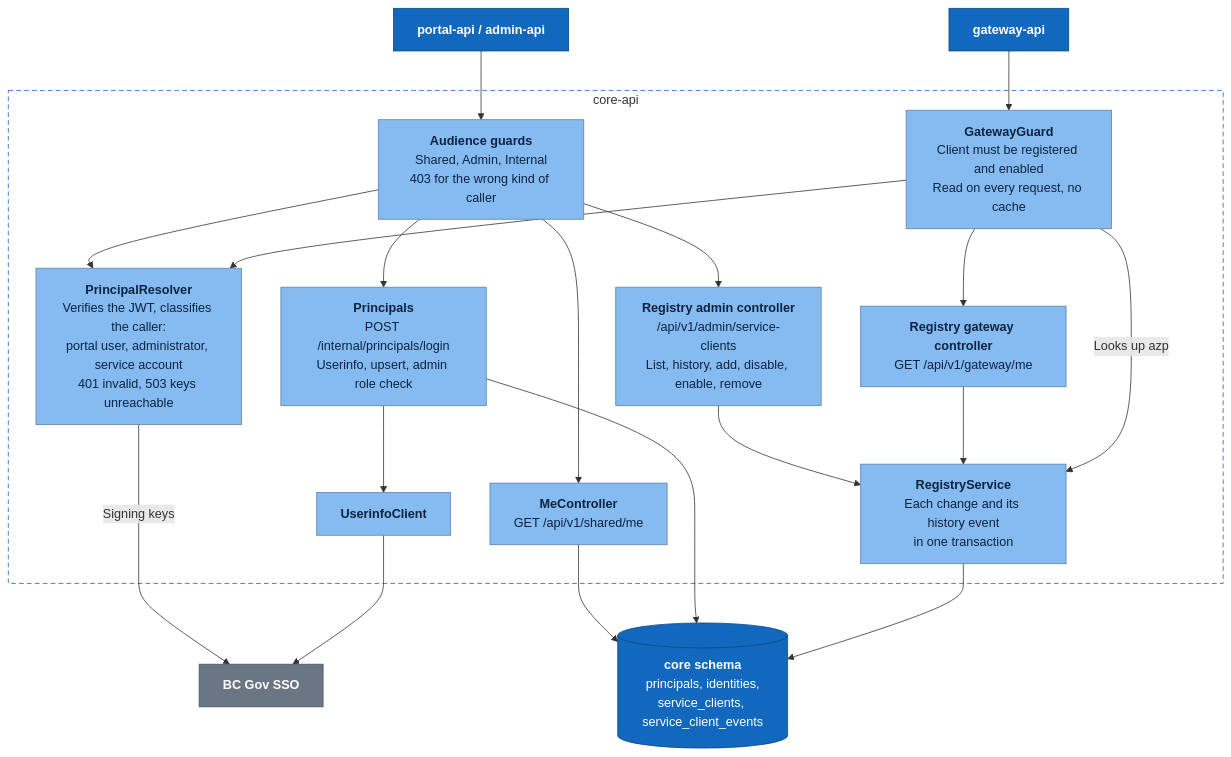
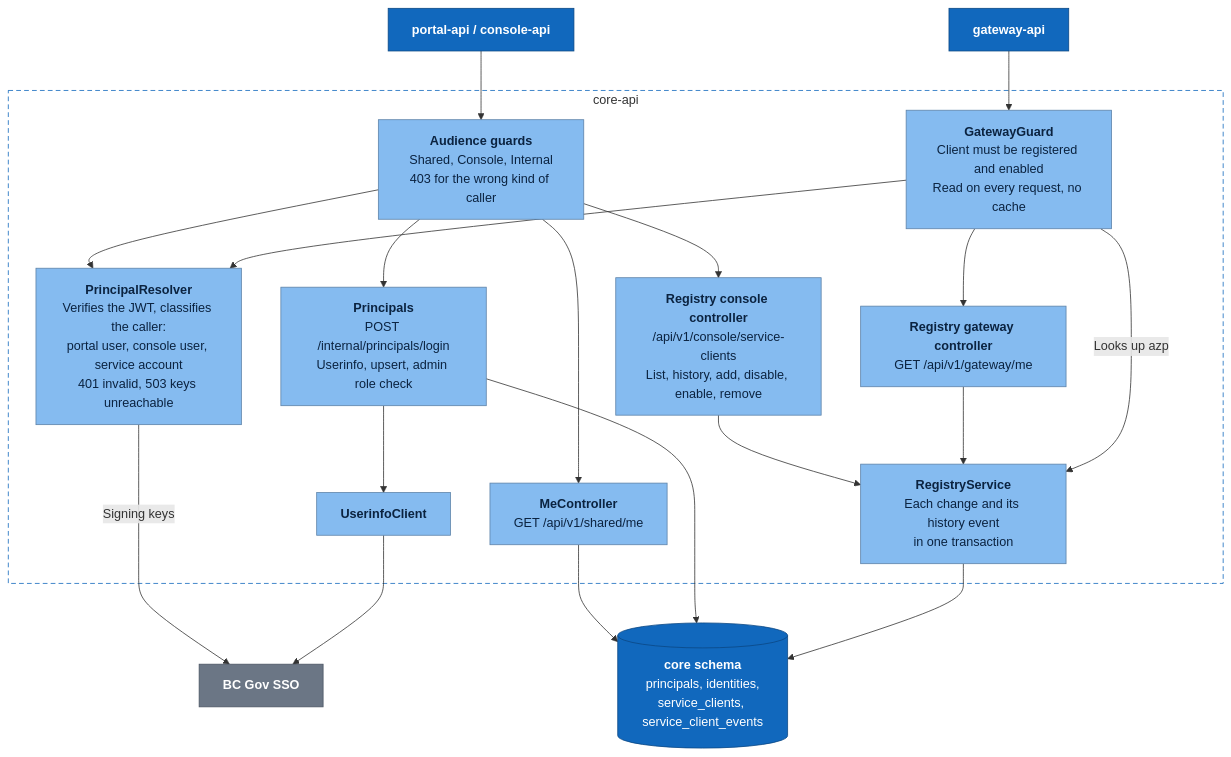
The third of 5 diagrams in docs/architecture.md (bcgov/sdg), drawn with Mermaid before and after one commit. The commit also changed other lines of this file and 294 other files, not shown here.

First line of the commit message:
refactor: rename the admin app to the console

````diff
--- a/docs/architecture.md
+++ b/docs/architecture.md
@@ -103,43 +103,43 @@
 ```mermaid
 flowchart TB
-  bffs["<b>portal-api / admin-api</b>"]:::internal
+  bffs["<b>portal-api / console-api</b>"]:::internal
   gw["<b>gateway-api</b>"]:::internal
   sso["<b>BC Gov SSO</b>"]:::ext
 
   subgraph CORE["core-api"]
-    guards["<b>Audience guards</b><br/>Shared, Admin, Internal<br/>403 for the wrong kind of caller"]:::comp
+    guards["<b>Audience guards</b><br/>Shared, Console, Internal<br/>403 for the wrong kind of caller"]:::comp
     gguard["<b>GatewayGuard</b><br/>Client must be registered and enabled<br/>Read on every request, no cache"]:::comp
-    resolver["<b>PrincipalResolver</b><br/>Verifies the JWT, classifies the caller:<br/>portal user, administrator, service account<br/>401 invalid, 503 keys unreachable"]:::comp
+    resolver["<b>PrincipalResolver</b><br/>Verifies the JWT, classifies the caller:<br/>portal user, console user, service account<br/>401 invalid, 503 keys unreachable"]:::comp
     me["<b>MeController</b><br/>GET /api/v1/shared/me"]:::comp
     principals["<b>Principals</b><br/>POST /internal/principals/login<br/>Userinfo, upsert, admin role check"]:::comp
-    regadmin["<b>Registry admin controller</b><br/>/api/v1/admin/service-clients<br/>List, history, add, disable, enable, remove"]:::comp
+    regconsole["<b>Registry console controller</b><br/>/api/v1/console/service-clients<br/>List, history, add, disable, enable, remove"]:::comp
     reggw["<b>Registry gateway controller</b><br/>GET /api/v1/gateway/me"]:::comp
     regsvc["<b>RegistryService</b><br/>Each change and its history event<br/>in one transaction"]:::comp
     userinfo["<b>UserinfoClient</b>"]:::comp
   end
 
   db[("<b>core schema</b><br/>principals, identities,<br/>service_clients, service_client_events")]:::internal
 
   bffs --> guards
   gw --> gguard
   guards --> resolver
   gguard --> resolver
   resolver -->|"Signing keys"| sso
   guards --> me
   guards --> principals
-  guards --> regadmin
+  guards --> regconsole
   gguard --> reggw
-  regadmin --> regsvc
+  regconsole --> regsvc
   reggw --> regsvc
   gguard -->|"Looks up azp"| regsvc
   principals --> userinfo
   userinfo --> sso
   me --> db
   principals --> db
   regsvc --> db
 
   classDef internal fill:#1168bd,stroke:#0b4884,color:#ffffff
   classDef comp fill:#85bbf0,stroke:#5d82a8,color:#0b2340
   classDef ext fill:#6b7685,stroke:#4b5563,color:#ffffff
   style CORE fill:none,stroke:#1168bd,stroke-dasharray:6 4
 ```
````
